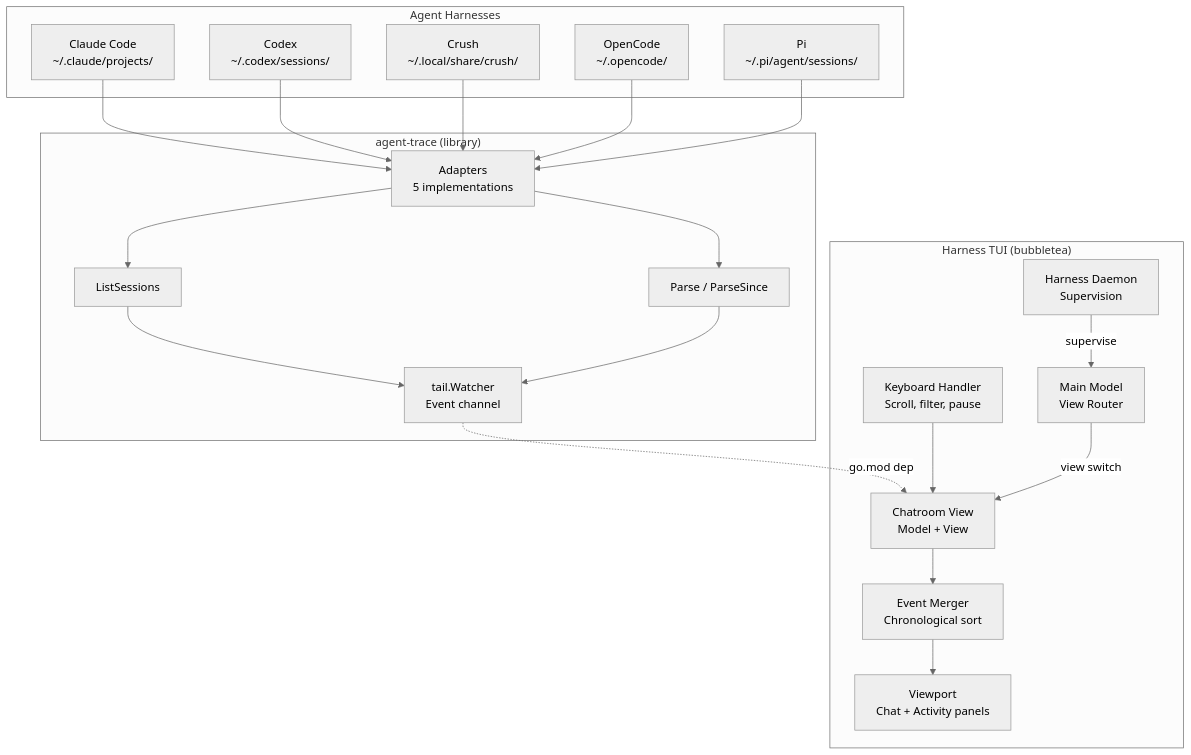
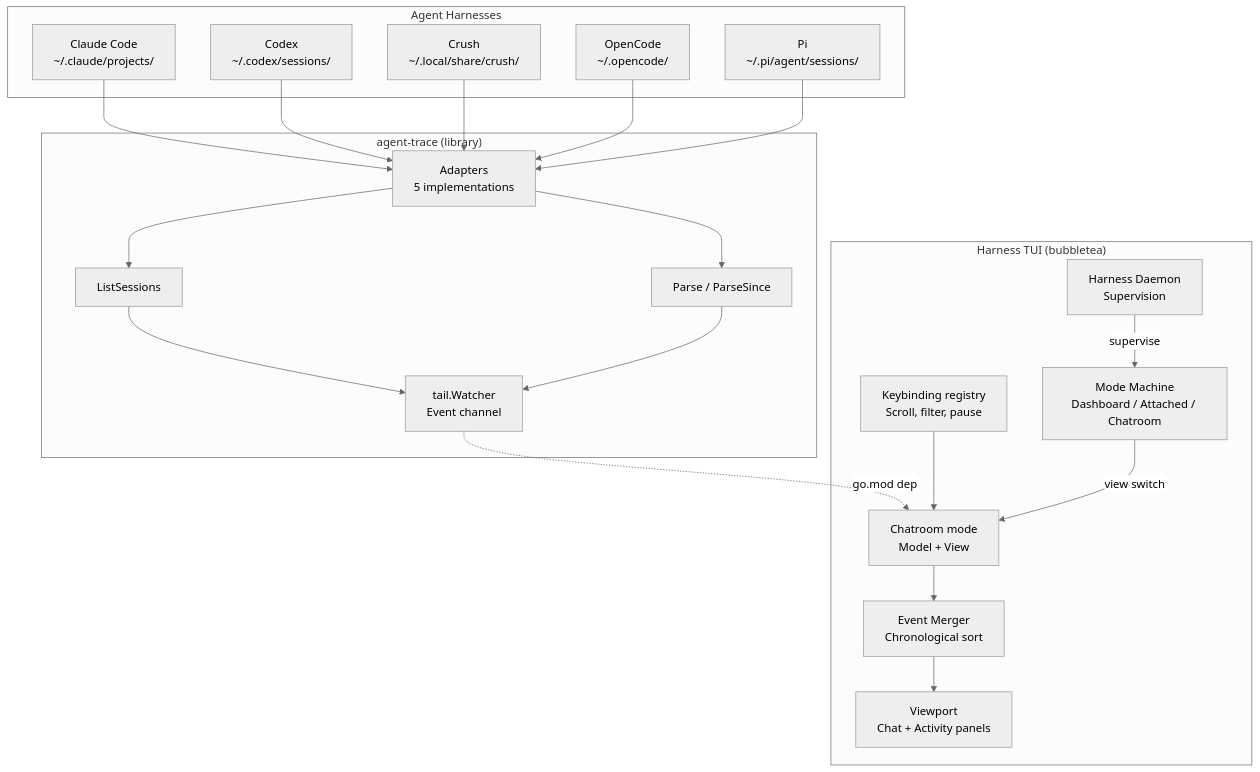
One commit to stump-wtf/harness changed the diagram in docs/adrs/adr-0015-chatroom-tui.md. Above: the diagram before and after it, drawn with Mermaid (neutral theme). The commit also changed other lines of this file and 2 other files, not shown here.

First paragraph of the commit message:
docs(chatroom): align ADR-0015/SPEC with the repo's real conventions
Review pass on the chatroom ADR + spec. Every change here corrects the
document against something already true in this repo, rather than
changing the design:

````diff
--- a/docs/adrs/adr-0015-chatroom-tui.md
+++ b/docs/adrs/adr-0015-chatroom-tui.md
@@ -105,42 +106,42 @@
 ```mermaid
 graph TD
     subgraph "Agent Harnesses"
-        CC[Claude Code\n~/.claude/projects/]
-        CX[Codex\n~/.codex/sessions/]
-        CR[Crush\n~/.local/share/crush/]
-        OC[OpenCode\n~/.opencode/]
-        PI[Pi\n~/.pi/agent/sessions/]
+        CC["Claude Code<br/>~/.claude/projects/"]
+        CX["Codex<br/>~/.codex/sessions/"]
+        CR["Crush<br/>~/.local/share/crush/"]
+        OC["OpenCode<br/>~/.opencode/"]
+        PI["Pi<br/>~/.pi/agent/sessions/"]
     end
 
     subgraph "agent-trace (library)"
-        AD[Adapters\n5 implementations]
-        LW[ListSessions]
-        PS[Parse / ParseSince]
-        WT[tail.Watcher\nEvent channel]
+        AD["Adapters<br/>5 implementations"]
+        LW["ListSessions"]
+        PS["Parse / ParseSince"]
+        WT["tail.Watcher<br/>Event channel"]
     end
 
     subgraph "Harness TUI (bubbletea)"
-        MAIN[Main Model\nView Router]
-        CHAT[Chatroom View\nModel + View]
-        EM[Event Merger\nChronological sort]
-        VP[Viewport\nChat + Activity panels]
-        KB[Keyboard Handler\nScroll, filter, pause]
-        DAEMON[Harness Daemon\nSupervision]
+        MAIN["Mode Machine<br/>Dashboard / Attached / Chatroom"]
+        CHAT["Chatroom mode<br/>Model + View"]
+        EM["Event Merger<br/>Chronological sort"]
+        VP["Viewport<br/>Chat + Activity panels"]
+        KB["Keybinding registry<br/>Scroll, filter, pause"]
+        DAEMON["Harness Daemon<br/>Supervision"]
     end
 
     CC --> AD
     CX --> AD
     CR --> AD
     OC --> AD
     PI --> AD
     AD --> LW
     AD --> PS
     LW --> WT
     PS --> WT
     WT -.->|go.mod dep| CHAT
     CHAT --> EM
     EM --> VP
     KB --> CHAT
     MAIN -->|view switch| CHAT
     DAEMON -->|supervise| MAIN
 ```
````
